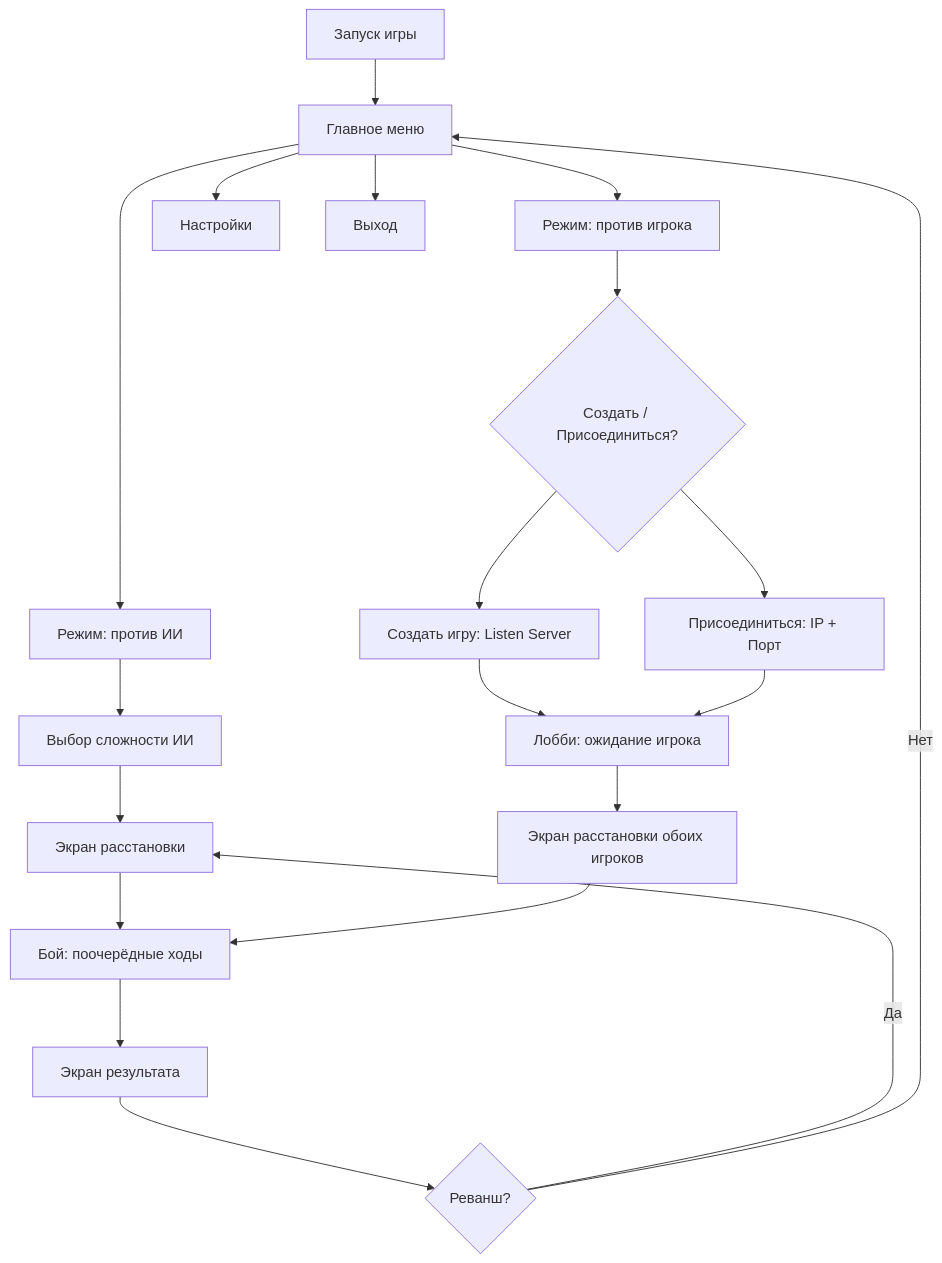
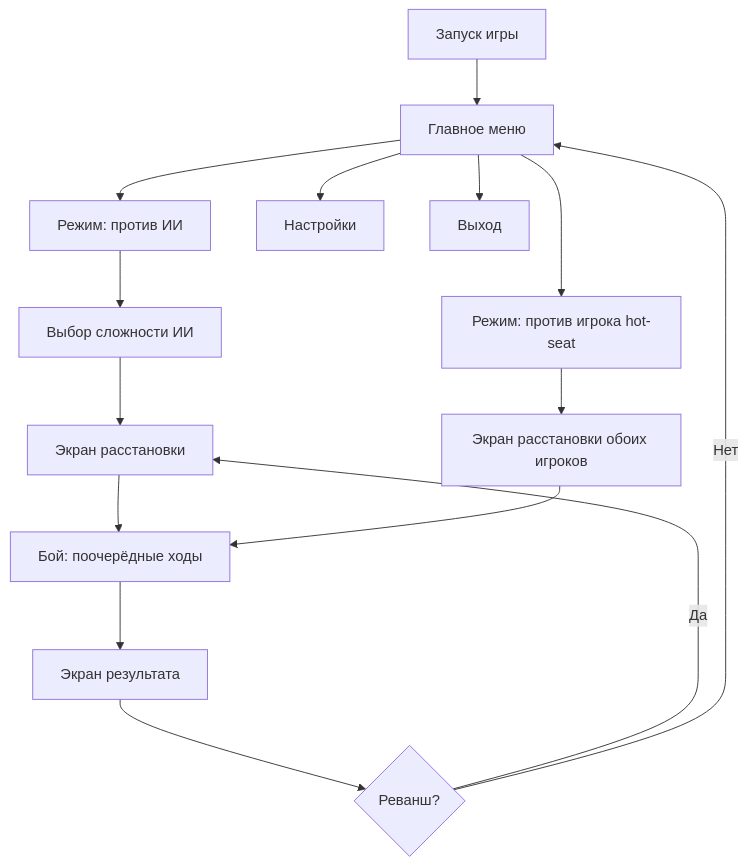
Before and after one commit to Ly4Dobra/SeaBattle-ue5: the diagram in docs/GDD-SeaBattle.md, drawn with Mermaid. The commit also changed other lines of this file, not shown here.

Commit message:
docs: ГДД v0.4 — hot-seat ядро, сеть stretch, drag&drop за любую часть, имя в настройках

````diff
--- a/docs/GDD-SeaBattle.md
+++ b/docs/GDD-SeaBattle.md
@@ -67,22 +76,17 @@
 ```mermaid
 flowchart TD
     A[Запуск игры] --> B[Главное меню]
     B --> C[Режим: против ИИ]
-    B --> D[Режим: против игрока]
+    B --> D[Режим: против игрока hot-seat]
     B --> E[Настройки]
     B --> F[Выход]
     C --> G[Выбор сложности ИИ]
     G --> H[Экран расстановки]
-    D --> I{Создать / Присоединиться?}
-    I --> J[Создать игру: Listen Server]
-    I --> K[Присоединиться: IP + Порт]
-    J --> L[Лобби: ожидание игрока]
-    K --> L
-    L --> M[Экран расстановки обоих игроков]
+    D --> M[Экран расстановки обоих игроков]
     H --> N[Бой: поочерёдные ходы]
     M --> N
     N --> O[Экран результата]
     O --> P{Реванш?}
     P -->|Да| H
     P -->|Нет| B
 ```
````
